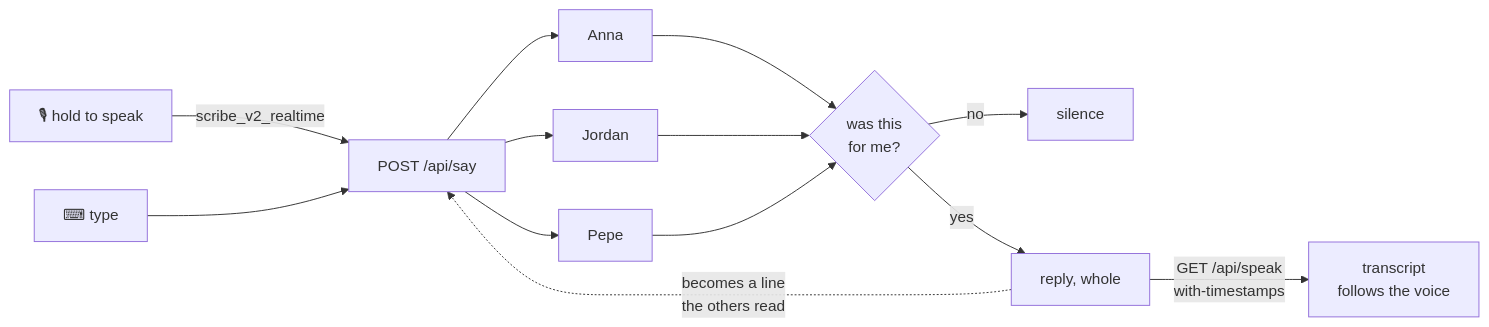
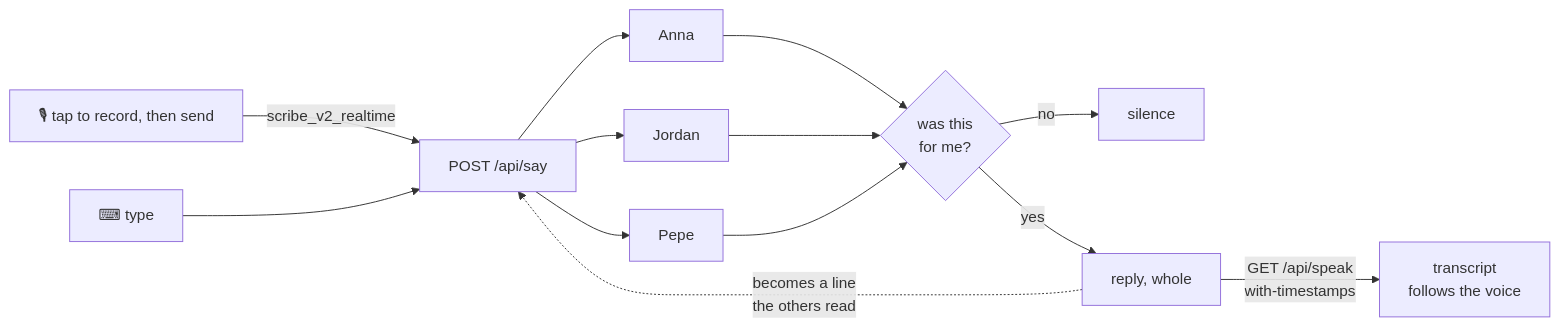
The diagram in README.md (humanagent/voice-group-chat), drawn with Mermaid before and after one commit. The commit also changed other lines of this file and 53 other files, not shown here.

````diff
--- a/README.md
+++ b/README.md
@@ -31,20 +34,20 @@
 ```mermaid
 flowchart LR
-  mic["🎙 hold to speak"] -->|scribe_v2_realtime| say
+  mic["🎙 tap to record, then send"] -->|scribe_v2_realtime| say
   type["⌨ type"] --> say["POST /api/say"]
 
   say --> anna["Anna"]
   say --> jordan["Jordan"]
   say --> pepe["Pepe"]
 
   anna --> gate{"was this<br/>for me?"}
   jordan --> gate
   pepe --> gate
 
   gate -->|no| quiet["silence"]
   gate -->|yes| reply["reply, whole"]
 
   reply -->|"GET /api/speak<br/>with-timestamps"| room["transcript<br/>follows the voice"]
 
   reply -.->|becomes a line<br/>the others read| say
 ```
````
